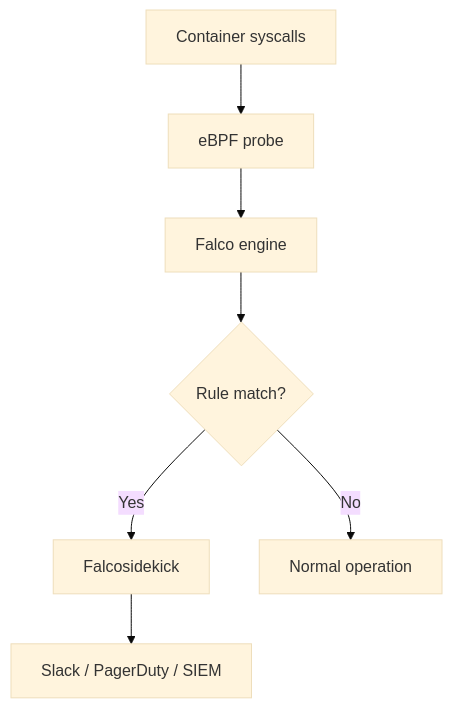
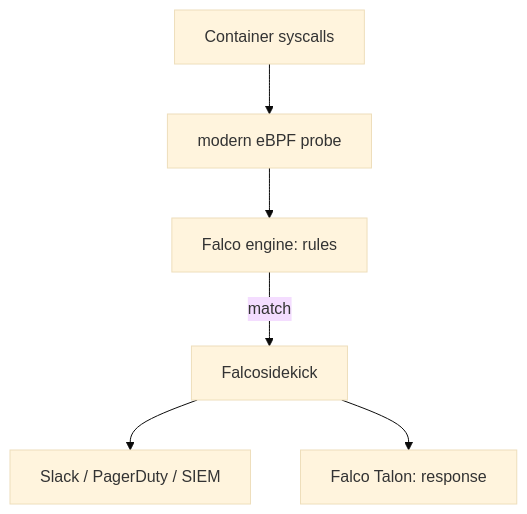
The diagram in src/content/recipes/falco-runtime-security.md (greg4fun/kubernetesrecipes.github.io), drawn with Mermaid (base theme) before and after one commit. The commit also changed other lines of this file and 537 other files, not shown here.

````diff
--- a/src/content/recipes/falco-runtime-security.md
+++ b/src/content/recipes/falco-runtime-security.md
@@ -94,9 +199,8 @@
 ```mermaid
 graph TD
-    A[Container syscalls] --> B[eBPF probe]
-    B --> C[Falco engine]
-    C --> D{Rule match?}
-    D -->|Yes| E[Falcosidekick]
+    A[Container syscalls] --> B[modern eBPF probe]
+    B --> C[Falco engine: rules]
+    C -->|match| E[Falcosidekick]
     E --> F[Slack / PagerDuty / SIEM]
-    D -->|No| G[Normal operation]
+    E --> T[Falco Talon: response]
 ```
````
